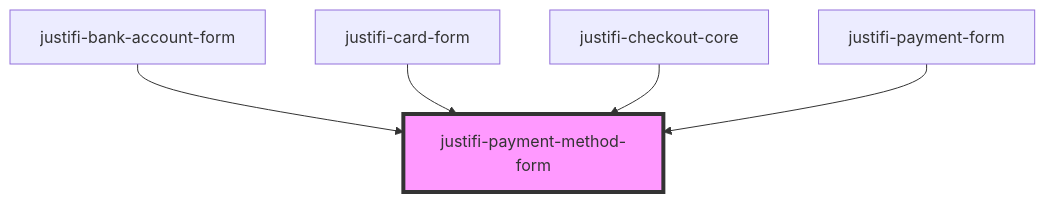
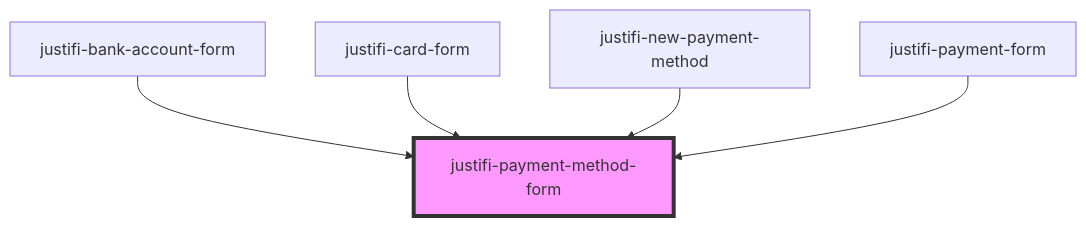
Before and after one commit to justifi-tech/web-component-library: the diagram in packages/webcomponents/src/components/payment-method-form/readme.md, drawn with Mermaid. The commit also changed other lines of this file and 11 other files, not shown here.

Commit message:
break up saved pms from create pm token flow

````diff
--- a/packages/webcomponents/src/components/payment-method-form/readme.md
+++ b/packages/webcomponents/src/components/payment-method-form/readme.md
@@ -78,8 +78,8 @@
 ```mermaid
 graph TD;
   justifi-bank-account-form --> justifi-payment-method-form
   justifi-card-form --> justifi-payment-method-form
-  justifi-checkout-core --> justifi-payment-method-form
+  justifi-new-payment-method --> justifi-payment-method-form
   justifi-payment-form --> justifi-payment-method-form
   style justifi-payment-method-form fill:#f9f,stroke:#333,stroke-width:4px
 ```
````
